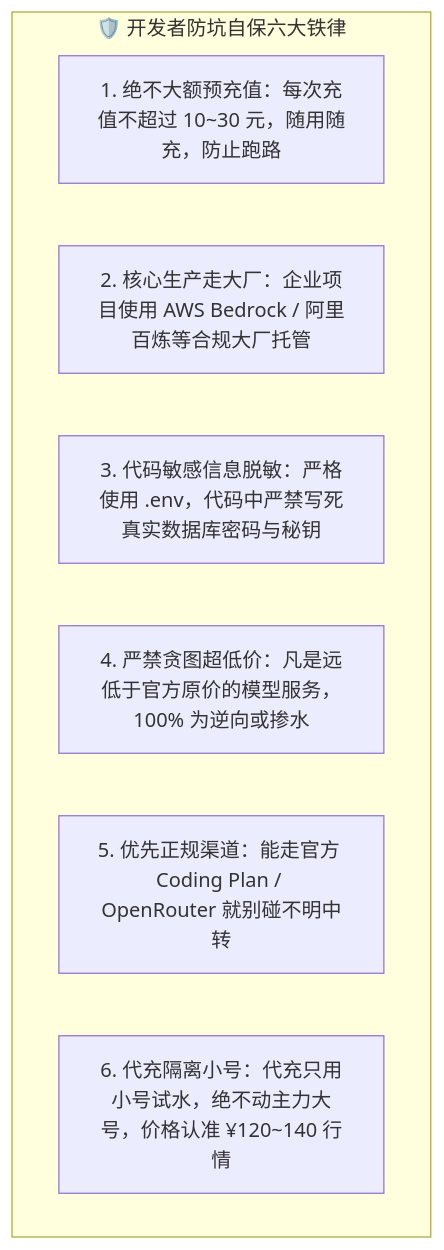
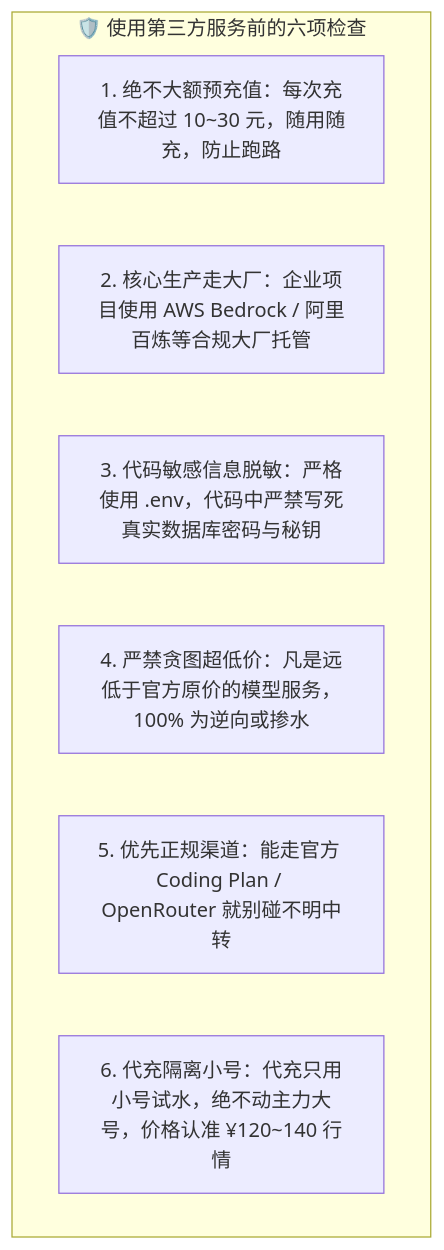
One commit to buffer121328/vibe-coding-and-agents changed the fourth of 4 diagrams in 14_如何正确的使用agent工具/05_中转站和代充.md. Above: the diagram before and after it, drawn with Mermaid. The commit also changed other lines of this file and 147 other files, not shown here.

````diff
--- a/14_如何正确的使用agent工具/05_中转站和代充.md
+++ b/14_如何正确的使用agent工具/05_中转站和代充.md
@@ -135,11 +135,11 @@
 ```mermaid
 flowchart TD
-    subgraph DefenseRules ["🛡️ 开发者防坑自保六大铁律"]
+    subgraph DefenseRules ["🛡️ 使用第三方服务前的六项检查"]
         R1["1. 绝不大额预充值：每次充值不超过 10~30 元，随用随充，防止跑路"]
         R2["2. 核心生产走大厂：企业项目使用 AWS Bedrock / 阿里百炼等合规大厂托管"]
         R3["3. 代码敏感信息脱敏：严格使用 .env，代码中严禁写死真实数据库密码与秘钥"]
         R4["4. 严禁贪图超低价：凡是远低于官方原价的模型服务，100% 为逆向或掺水"]
         R5["5. 优先正规渠道：能走官方 Coding Plan / OpenRouter 就别碰不明中转"]
         R6["6. 代充隔离小号：代充只用小号试水，绝不动主力大号，价格认准 ¥120~140 行情"]
     end
 ```
````
